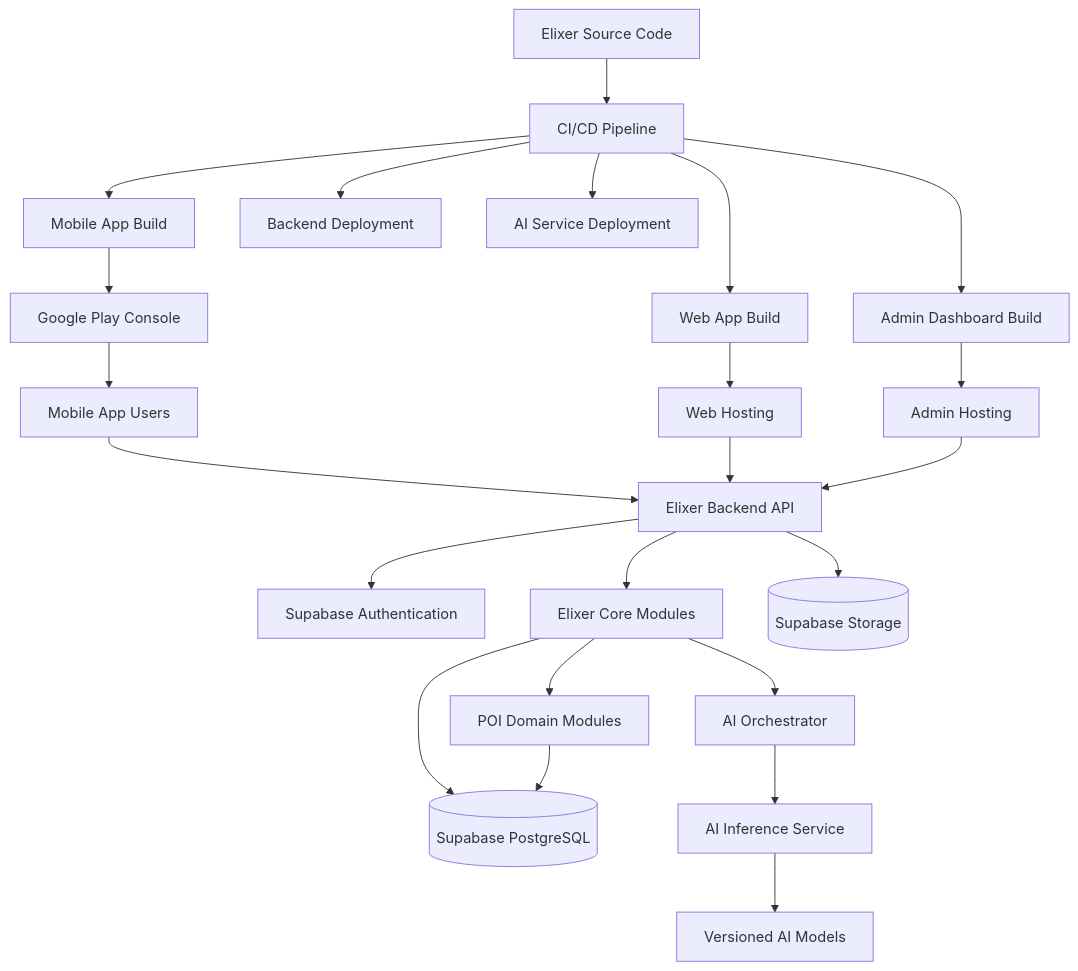
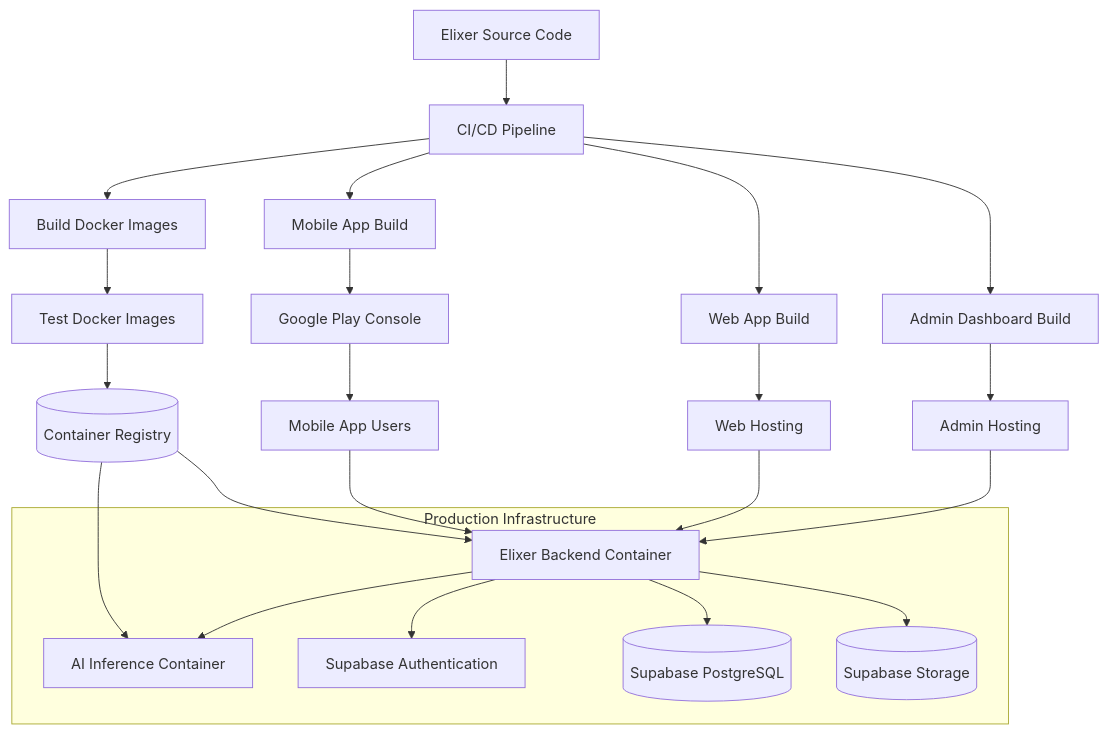
One commit to HarshSalvi07/Elixer changed the diagram in docs/diagrams/06-infrastructure/deployment-architecture.md. Above: the diagram before and after it, drawn with Mermaid. The commit also changed other lines of this file and 1 other file, not shown here.

Commit message:
test(diagrams): testing for diagram additions

````diff
--- a/docs/diagrams/06-infrastructure/deployment-architecture.md
+++ b/docs/diagrams/06-infrastructure/deployment-architecture.md
@@ -6,59 +6,55 @@
 ```mermaid
 flowchart TD
     SOURCE["Elixer Source Code"]
     CI["CI/CD Pipeline"]
 
     MOBILE_BUILD["Mobile App Build"]
     WEB_BUILD["Web App Build"]
     ADMIN_BUILD["Admin Dashboard Build"]
-    BACKEND_BUILD["Backend Deployment"]
-    AI_BUILD["AI Service Deployment"]
+
+    DOCKER_BUILD["Build Docker Images"]
+    IMAGE_TEST["Test Docker Images"]
+    REGISTRY[("Container Registry")]
 
     PLAY["Google Play Console"]
     USERS["Mobile App Users"]
 
     WEB_HOST["Web Hosting"]
     ADMIN_HOST["Admin Hosting"]
 
-    API["Elixer Backend API"]
-    AUTH["Supabase Authentication"]
-    CORE["Elixer Core Modules"]
-    DOMAINS["POI Domain Modules"]
-    ORCHESTRATOR["AI Orchestrator"]
-
-    DB[("Supabase PostgreSQL")]
-    STORAGE[("Supabase Storage")]
-
-    AI_SERVICE["AI Inference Service"]
-    MODEL["Versioned AI Models"]
+    subgraph CLOUD["Production Infrastructure"]
+        BACKEND["Elixer Backend Container"]
+        AI["AI Inference Container"]
+        AUTH["Supabase Authentication"]
+        DB[("Supabase PostgreSQL")]
+        STORAGE[("Supabase Storage")]
+    end
 
     SOURCE --> CI
 
     CI --> MOBILE_BUILD
     CI --> WEB_BUILD
     CI --> ADMIN_BUILD
-    CI --> BACKEND_BUILD
-    CI --> AI_BUILD
+    CI --> DOCKER_BUILD
+
+    DOCKER_BUILD --> IMAGE_TEST
+    IMAGE_TEST --> REGISTRY
 
     MOBILE_BUILD --> PLAY
     PLAY --> USERS
 
     WEB_BUILD --> WEB_HOST
     ADMIN_BUILD --> ADMIN_HOST
 
-    USERS --> API
-    WEB_HOST --> API
-    ADMIN_HOST --> API
+    REGISTRY --> BACKEND
+    REGISTRY --> AI
 
-    API --> AUTH
-    API --> CORE
+    USERS --> BACKEND
+    WEB_HOST --> BACKEND
+    ADMIN_HOST --> BACKEND
 
-    CORE --> DOMAINS
-    CORE --> DB
-    DOMAINS --> DB
-    API --> STORAGE
-
-    CORE --> ORCHESTRATOR
-    ORCHESTRATOR --> AI_SERVICE
-    AI_SERVICE --> MODEL
+    BACKEND --> AUTH
+    BACKEND --> DB
+    BACKEND --> STORAGE
+    BACKEND --> AI
 ```
````
